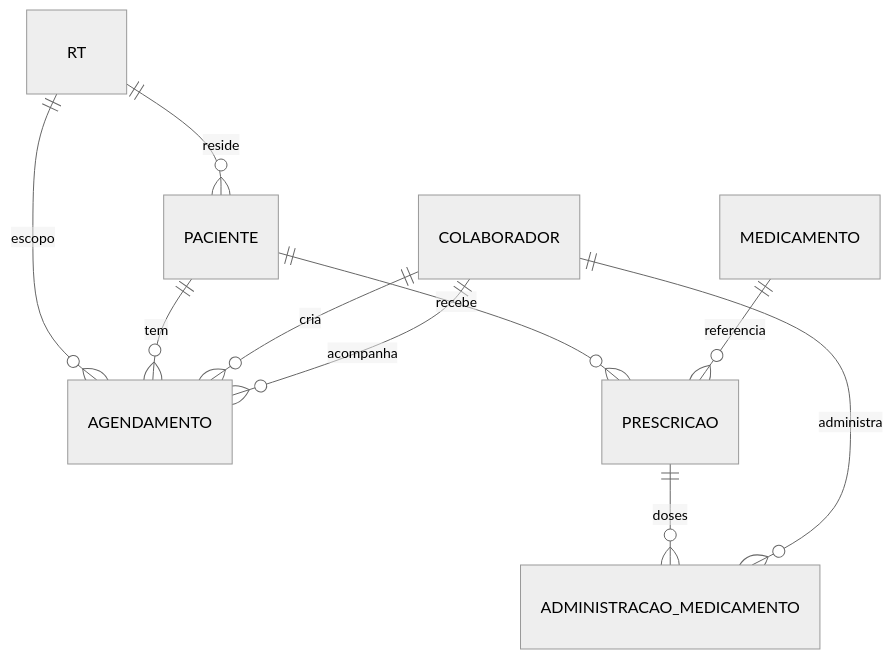
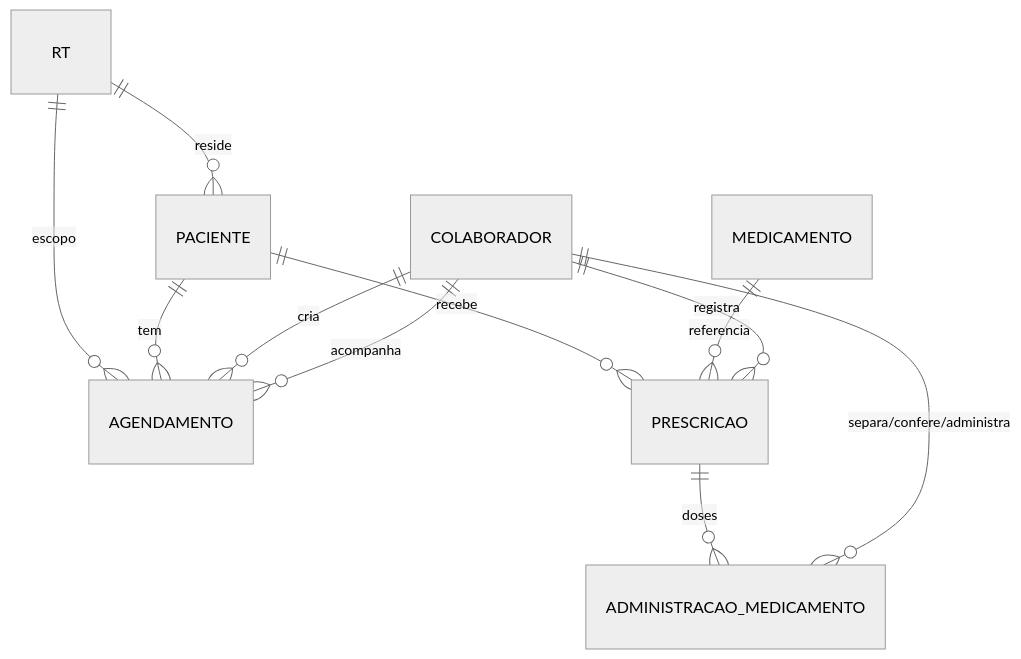
One commit to WamanaDev/extras changed the diagram in specs/03-banco/modelo-dados-pacientes.md. Above: the diagram before and after it, drawn with Mermaid (neutral theme). The commit also changed other lines of this file and 67 other files, not shown here.

````diff
--- a/specs/03-banco/modelo-dados-pacientes.md
+++ b/specs/03-banco/modelo-dados-pacientes.md
@@ -10,12 +10,13 @@
 ```mermaid
 erDiagram
     RT ||--o{ PACIENTE : "reside"
     RT ||--o{ AGENDAMENTO : "escopo"
     PACIENTE ||--o{ AGENDAMENTO : "tem"
     COLABORADOR ||--o{ AGENDAMENTO : "cria"
     COLABORADOR ||--o{ AGENDAMENTO : "acompanha"
     PACIENTE ||--o{ PRESCRICAO : "recebe"
     MEDICAMENTO ||--o{ PRESCRICAO : "referencia"
+    COLABORADOR ||--o{ PRESCRICAO : "registra"
     PRESCRICAO ||--o{ ADMINISTRACAO_MEDICAMENTO : "doses"
-    COLABORADOR ||--o{ ADMINISTRACAO_MEDICAMENTO : "administra"
+    COLABORADOR ||--o{ ADMINISTRACAO_MEDICAMENTO : "separa/confere/administra"
 ```
````
